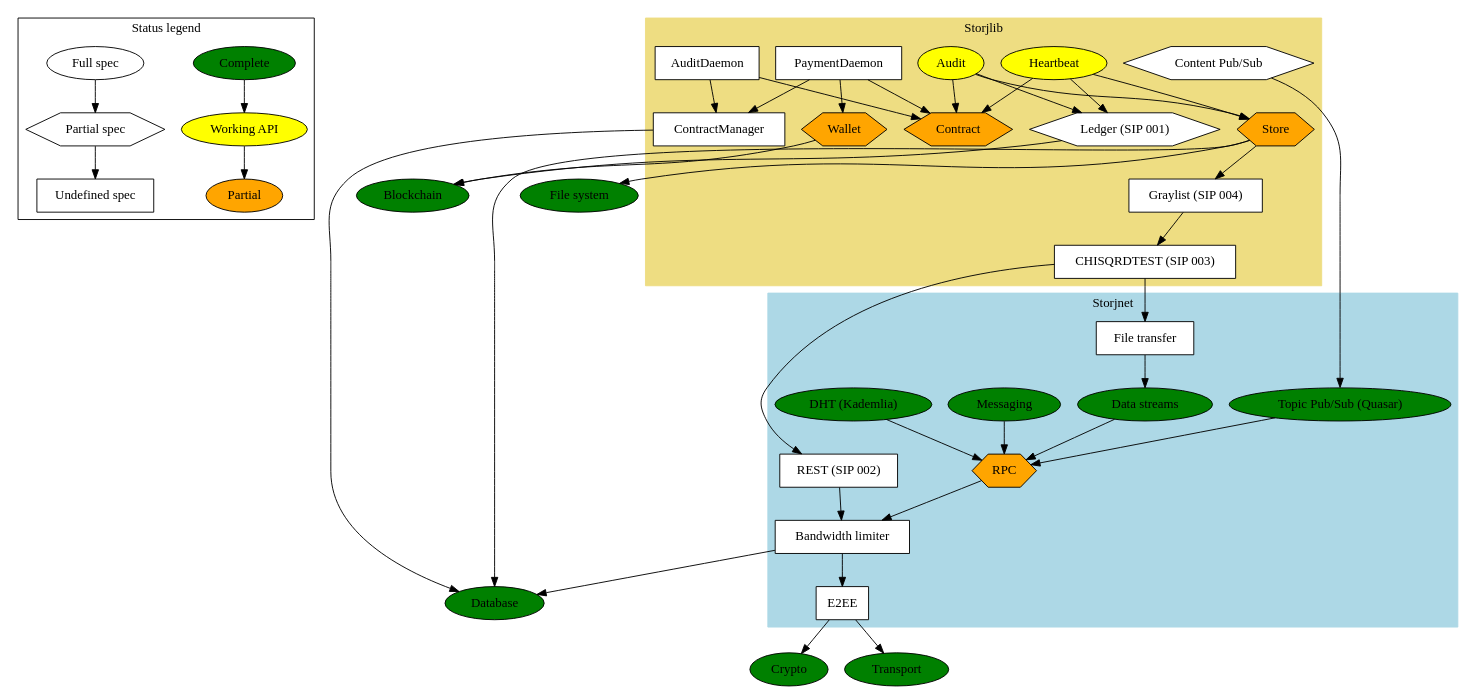
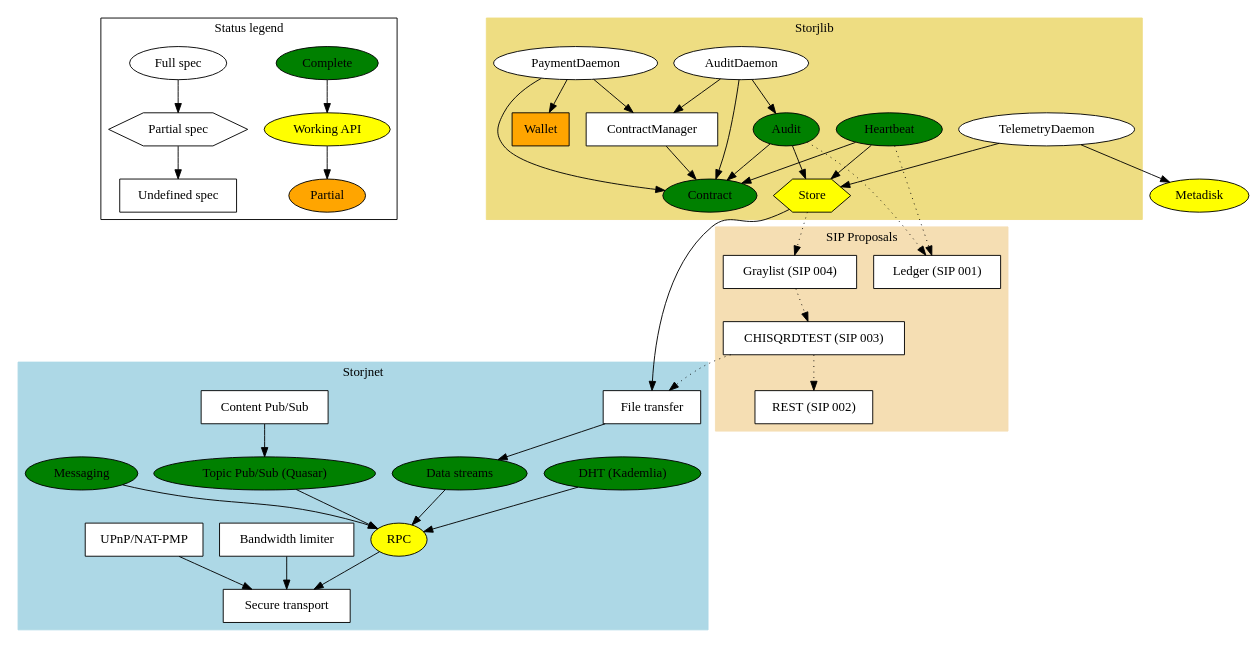
One commit to StorjOld/storjspec changed the diagram in status.dot. Above: the diagram before and after it, drawn with Graphviz. The commit also changed 1 other file, not shown here.

```diff
--- a/status.dot
+++ b/status.dot
@@ -1,100 +1,103 @@
 // syntax guide: http://www.graphviz.org/pdf/dotguide.pdf
 // compile png: `dot -Tpng status.dot -o status.png`
 // compile pdf: `dot -Tpdf status.dot -o status.pdf`
 
 
 digraph G {
     node [shape="box", style="filled", color="black", fillcolor="white"];
 
     // LEGEND
     subgraph cluster_0 {
         label = "Status legend";
 
         "Complete" [fillcolor=green, shape=ellipse];
         "Working API" [fillcolor=yellow, shape=ellipse];
         "Partial" [fillcolor=orange, shape=ellipse];
 
         "Full spec" [shape=ellipse];
         "Partial spec" [shape=hexagon];
         "Undefined spec" [shape=box];
     };
     "Complete" -> "Working API" -> "Partial";
     "Full spec" -> "Partial spec" -> "Undefined spec";
 
 
     // STORJNET
     subgraph cluster_1 {
         label = "Storjnet";
         style=filled;
         color=lightblue;
 
         "DHT (Kademlia)" [fillcolor=green, shape=ellipse];
         "Topic Pub/Sub (Quasar)" [fillcolor=green, shape=ellipse]; // enable publishing and subscribing to events
         "Data streams" [fillcolor=green, shape=ellipse]; // full duplex data transfer
         "File transfer";
+        "Content Pub/Sub" [shape=box]; // enable publishing and subscribing to events
         "Messaging" [fillcolor=green, shape=ellipse]; // to shortcut the pubsub after peer found
-        "RPC" [fillcolor=orange, shape=hexagon]; // rpc calls and data transfer between clients
-        "E2EE"; // End-to-end encryption
+        "RPC" [fillcolor=yellow, shape=ellipse]; // rpc calls and data transfer between clients
+        "Secure transport";
         "Bandwidth limiter";
-        "REST (SIP 002)"; // put/get shards
+        "UPnP/NAT-PMP";
     };
+    "UPnP/NAT-PMP" -> "Secure transport";
     "File transfer" -> "Data streams";
     "DHT (Kademlia)" -> "RPC";
     "Topic Pub/Sub (Quasar)" -> "RPC";
     "Messaging" -> "RPC";
     "Data streams" -> "RPC";
-    "RPC" -> "Bandwidth limiter";
-    "REST (SIP 002)" -> "Bandwidth limiter";
-    "Bandwidth limiter" -> "E2EE";
-    "E2EE" -> "Crypto";
-    "E2EE" -> "Transport";
-    "Bandwidth limiter" -> "Database";
+    "RPC" -> "Secure transport";
+    "Bandwidth limiter" -> "Secure transport";
 
     // STORJLIB
     subgraph cluster_2 {
         label = "Storjlib";
         style=filled;
         color=lightgoldenrod;
 
-        "Contract" [fillcolor=orange, shape=hexagon]; // terms of a storage contract between peers
-        "AuditDaemon";
-        "PaymentDaemon";
+        "Contract" [fillcolor=green, shape=ellipse];
+        "AuditDaemon" [shape=ellipse];
+        "PaymentDaemon" [shape=ellipse];
+        "TelemetryDaemon" [shape=ellipse];
         "ContractManager";
-        "Audit" [fillcolor=yellow, shape=ellipse]; // track state of a contract over time
-        "Store" [fillcolor=orange, shape=hexagon];
-        "Heartbeat" [fillcolor=yellow, shape=ellipse];
-        "Ledger (SIP 001)" [shape=hexagon];
-        "Graylist (SIP 004)";
-        "CHISQRDTEST (SIP 003)";
-        "Content Pub/Sub" [shape=hexagon]; // enable publishing and subscribing to events
-        "Wallet" [fillcolor=orange, shape=hexagon];
+        "Audit" [fillcolor=green, shape=ellipse];
+        "Store" [fillcolor=yellow, shape=hexagon];
+        "Heartbeat" [fillcolor=green, shape=ellipse];
+        "Wallet" [fillcolor=orange, shape=box];
     };
     "PaymentDaemon" -> "ContractManager";
     "PaymentDaemon" -> "Contract";
     "PaymentDaemon" -> "Wallet";
     "AuditDaemon" -> "ContractManager";
     "AuditDaemon" -> "Contract";
-    "ContractManager" -> "Database";
+    "AuditDaemon" -> "Audit";
+    "ContractManager" -> "Contract";
     "Content Pub/Sub" -> "Topic Pub/Sub (Quasar)";
     "Audit" -> "Contract"; // when/how to perform the audit
     "Audit" -> "Store"; // perform audit challange
-    "Audit" -> "Ledger (SIP 001)"; // save result in ledger
+    "Audit" -> "Ledger (SIP 001)" [style=dotted]; // save result in ledger
     "Heartbeat" -> "Contract";
     "Heartbeat" -> "Store"; // perform heartbeat challange
-    "Heartbeat" -> "Ledger (SIP 001)"; // save result in ledger
-    "Store" -> "File system";
-    "Store" -> "Graylist (SIP 004)";
-    "Store" -> "Database";
-    "Ledger (SIP 001)" -> "Blockchain";
-    "Graylist (SIP 004)" -> "CHISQRDTEST (SIP 003)";
-    "CHISQRDTEST (SIP 003)" -> "File transfer";
-    "CHISQRDTEST (SIP 003)" -> "REST (SIP 002)";
-    "Wallet" -> "Blockchain";
+    "Heartbeat" -> "Ledger (SIP 001)" [style=dotted]; // save result in ledger
+    "Store" -> "File transfer";
+    "Store" -> "Graylist (SIP 004)" [style=dotted];
+    "Graylist (SIP 004)" -> "CHISQRDTEST (SIP 003)" [style=dotted];
+    "CHISQRDTEST (SIP 003)" -> "File transfer" [style=dotted];
+    "CHISQRDTEST (SIP 003)" -> "REST (SIP 002)" [style=dotted];
+    "TelemetryDaemon" -> "Metadisk";
+    "TelemetryDaemon" -> "Store";
+
+    // SIP
+    subgraph cluster_3 {
+        label = "SIP Proposals";
+        style=filled;
+        color=wheat;
+
+        "REST (SIP 002)"; // put/get shards
+        "Ledger (SIP 001)";
+        "Graylist (SIP 004)";
+        "CHISQRDTEST (SIP 003)";
+    };
 
     // EXTERNAL
-    "File system" [fillcolor=green, shape=ellipse];
-    "Crypto" [fillcolor=green, shape=ellipse];
-    "Database" [fillcolor=green, shape=ellipse];
-    "Blockchain" [fillcolor=green, shape=ellipse];
-    "Transport" [fillcolor=green, shape=ellipse];
+    "Metadisk" [fillcolor=yellow, shape=ellipse];
 }
```
